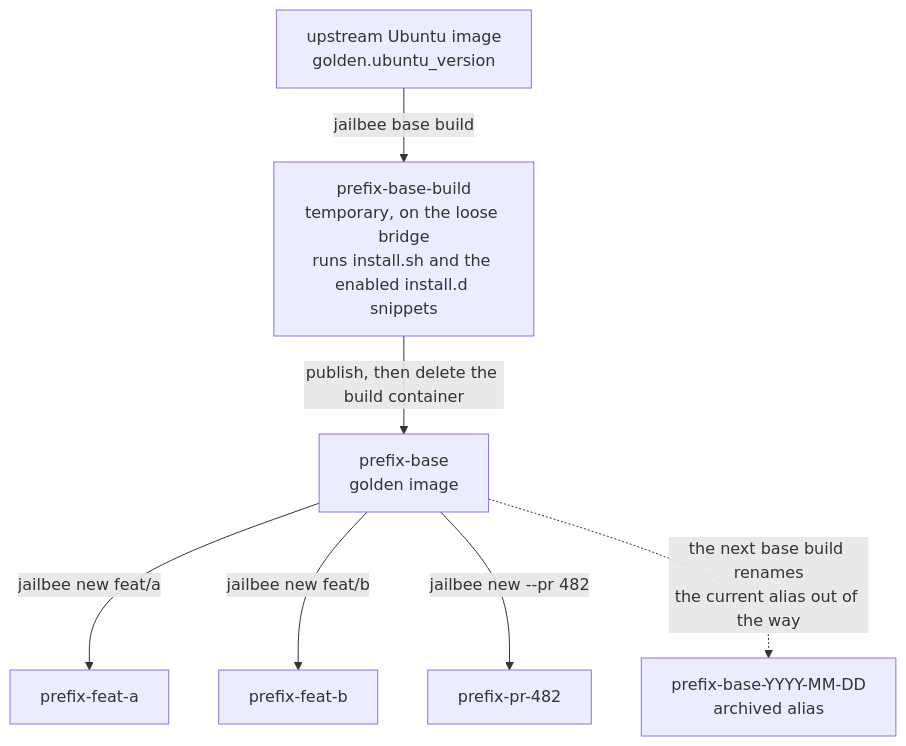
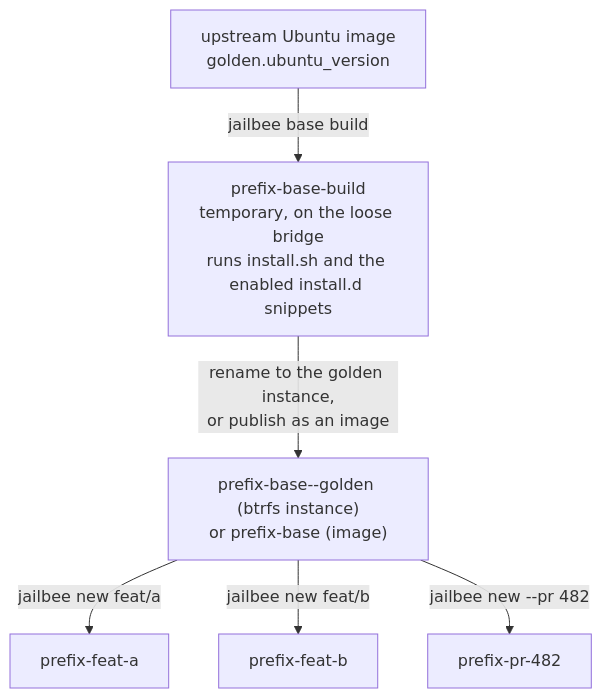
Before and after one commit to VRTFinland/jailbee: the first of 3 diagrams in docs/architecture.md, drawn with Mermaid. The commit also changed other lines of this file and 6 other files, not shown here.

Commit message:
docs: golden instance on btrfs, one golden version

````diff
--- a/docs/architecture.md
+++ b/docs/architecture.md
@@ -47,17 +54,15 @@
 ```mermaid
 flowchart TB
     UB["upstream Ubuntu image<br>golden.ubuntu_version"]
     BUILD["prefix-base-build<br>temporary, on the loose bridge<br>runs install.sh and the enabled install.d snippets"]
-    IMG["prefix-base<br>golden image"]
+    IMG["prefix-base--golden (btrfs instance)<br>or prefix-base (image)"]
     C1["prefix-feat-a"]
     C2["prefix-feat-b"]
     C3["prefix-pr-482"]
-    OLD["prefix-base-YYYY-MM-DD<br>archived alias"]
 
     UB -->|"jailbee base build"| BUILD
-    BUILD -->|"publish, then delete the build container"| IMG
+    BUILD -->|"rename to the golden instance,<br>or publish as an image"| IMG
     IMG -->|"jailbee new feat/a"| C1
     IMG -->|"jailbee new feat/b"| C2
     IMG -->|"jailbee new --pr 482"| C3
-    IMG -.->|"the next base build renames<br>the current alias out of the way"| OLD
 ```
````
